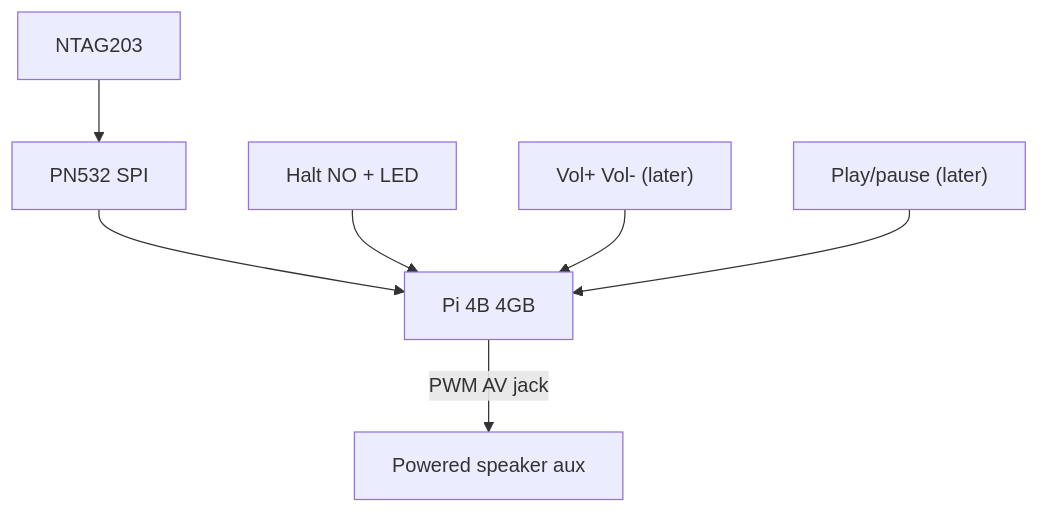
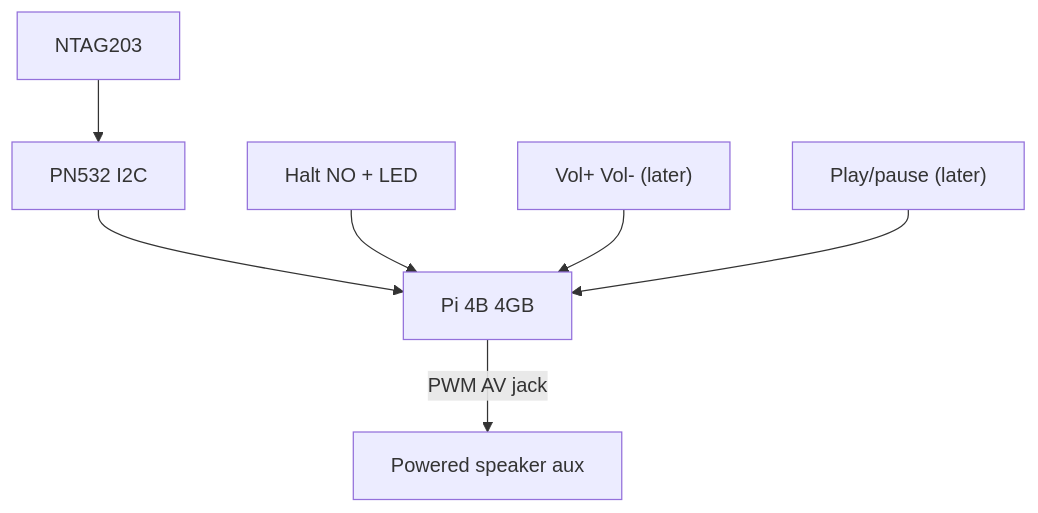
The diagram in docs/hardware.md (mzworthington/RoMini), drawn with Mermaid before and after one commit. The commit also changed other lines of this file and 16 other files, not shown here.

````diff
--- a/docs/hardware.md
+++ b/docs/hardware.md
@@ -28,9 +28,9 @@
 ```mermaid
 flowchart TB
-  ntag["NTAG203"] --> hat["PN532 SPI"]
+  ntag["NTAG203"] --> hat["PN532 I2C"]
   hat --> pi["Pi 4B 4GB"]
   halt["Halt NO + LED"] --> pi
   vol["Vol+ Vol- (later)"] --> pi
   play["Play/pause (later)"] --> pi
   pi -->|"PWM AV jack"| spk["Powered speaker aux"]
 ```
````
